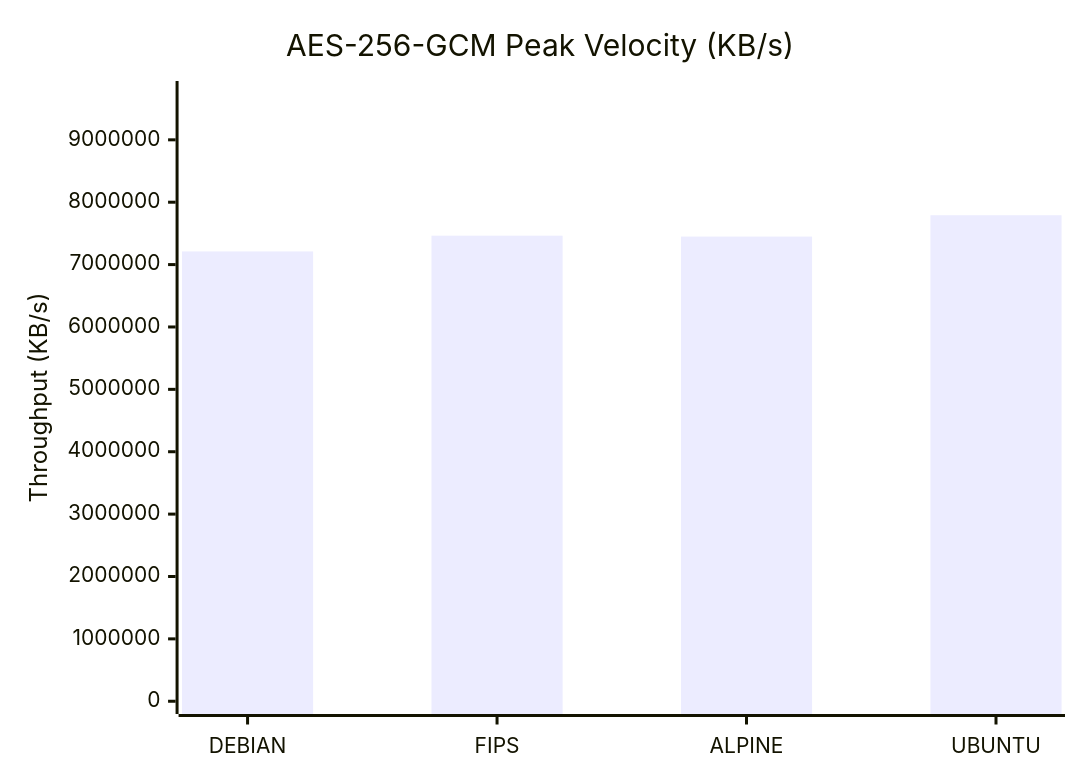
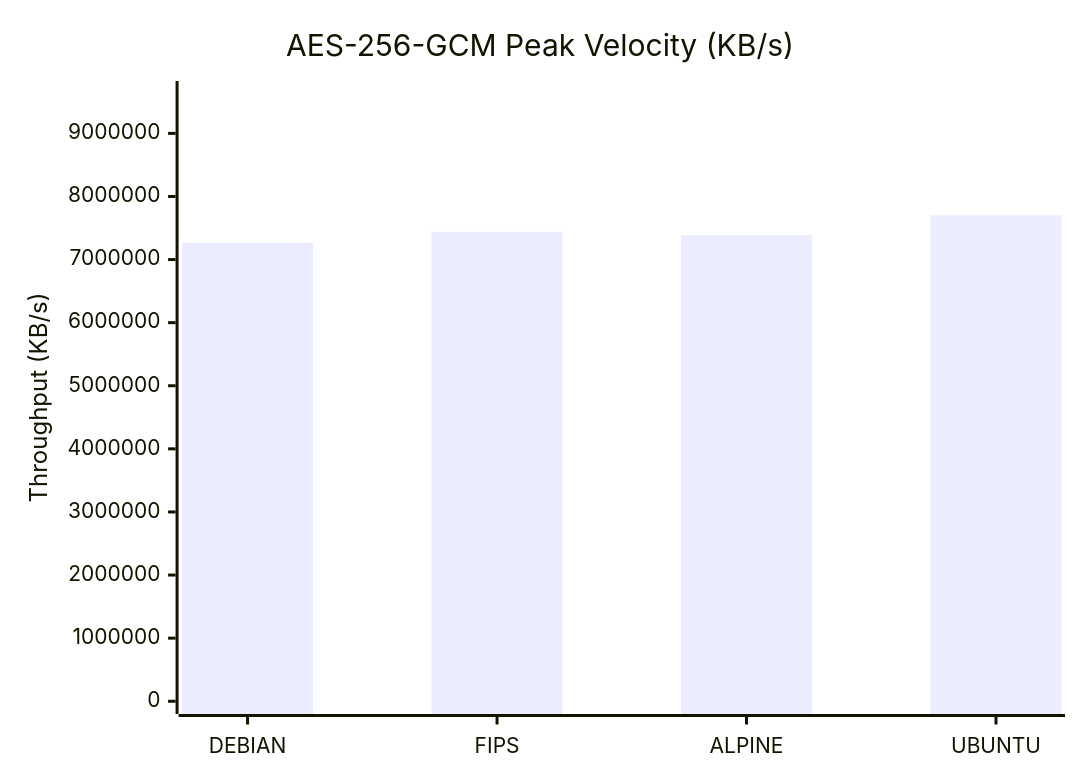
The first of 9 diagrams in docs/Comparison_Report.md (taha2samy/openssl_fips), drawn with Mermaid before and after one commit. The commit also changed other lines of this file and 2 other files, not shown here.

````diff
--- a/docs/Comparison_Report.md
+++ b/docs/Comparison_Report.md
@@ -56,7 +56,7 @@
 ```mermaid
 xychart-beta
     title "AES-256-GCM Peak Velocity (KB/s)"
     x-axis [DEBIAN, FIPS, ALPINE, UBUNTU]
-    y-axis "Throughput (KB/s)" 0 --> 9738629
-    bar [7210967.04, 7463206.91, 7449034.75, 7790903.3]
+    y-axis "Throughput (KB/s)" 0 --> 9627934
+    bar [7265271.81, 7439073.28, 7386079.23, 7702347.78]
 ```
````
